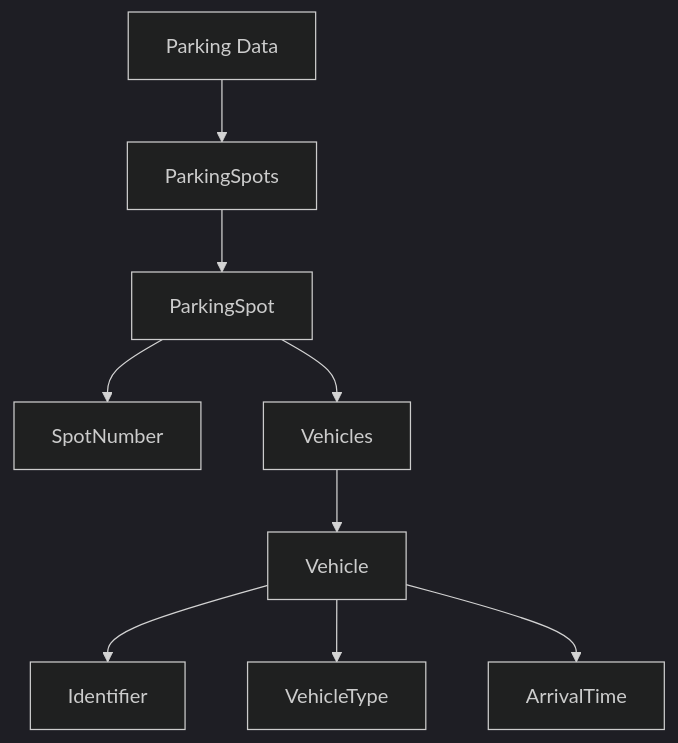
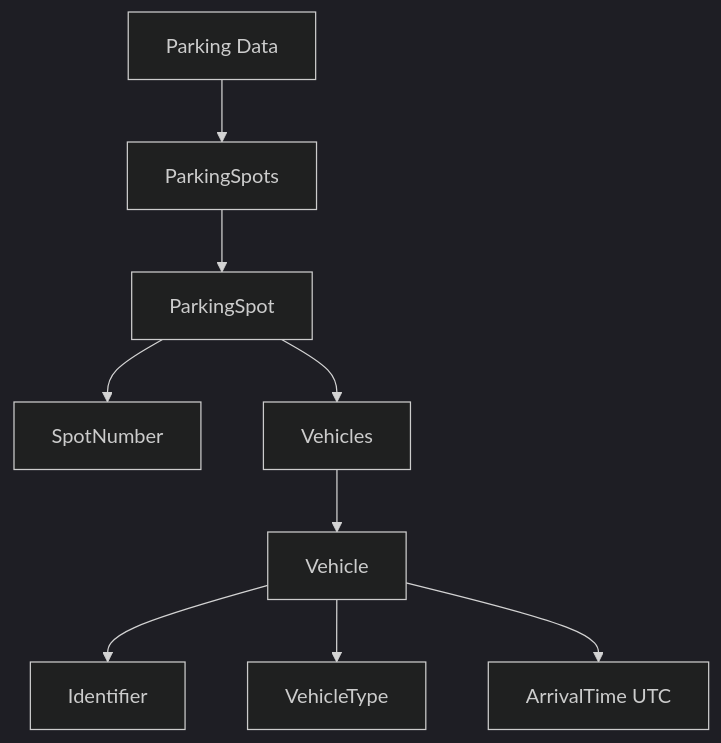
Before and after one commit to KYH-RAMI/CSharp-Assignments: the diagram in docs/parking-data.md, drawn with Mermaid (dark theme). The commit also changed other lines of this file and 7 other files, not shown here.

````diff
--- a/docs/parking-data.md
+++ b/docs/parking-data.md
@@ -5,13 +5,13 @@
 ```mermaid
 flowchart TD
     A[Parking Data]
     A --> B[ParkingSpots]
     B --> C[ParkingSpot]
     C --> C1[SpotNumber]
     C --> C2[Vehicles]
 
     C2 --> D[Vehicle]
     D --> D1[Identifier]
     D --> D2[VehicleType]
-    D --> D3[ArrivalTime]
+    D --> D3[ArrivalTime UTC]
 ```
````
